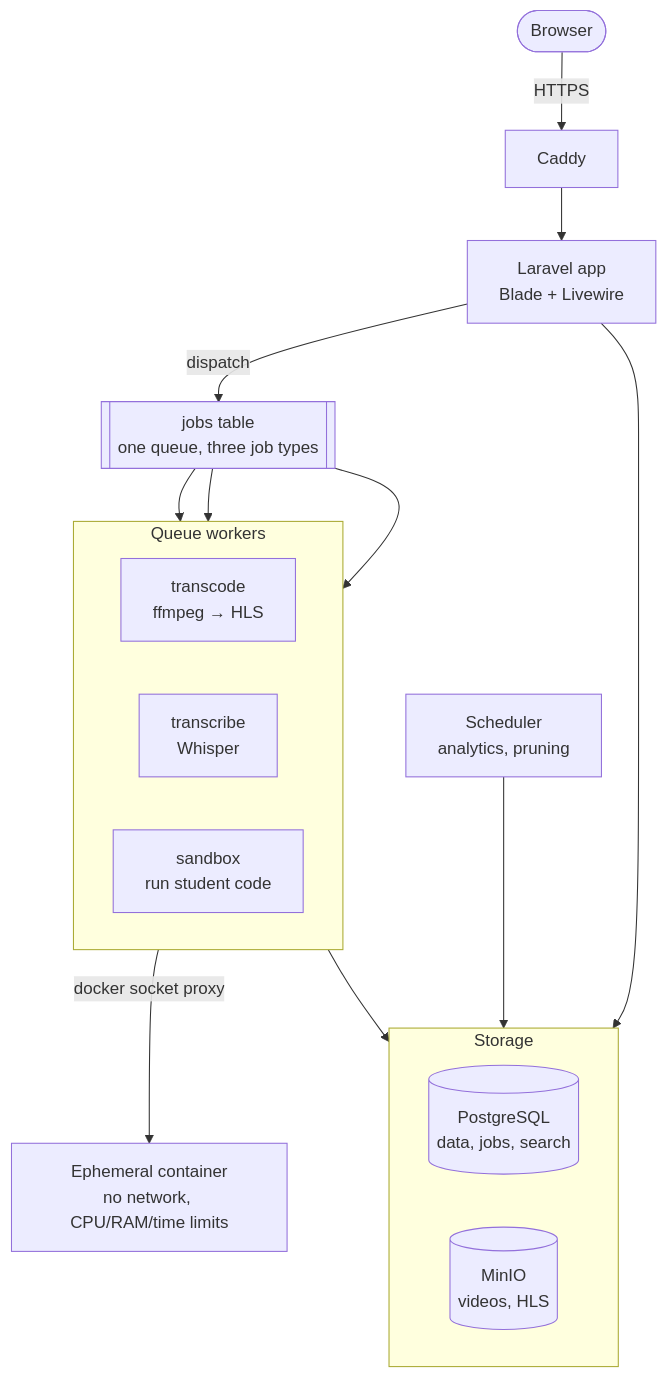
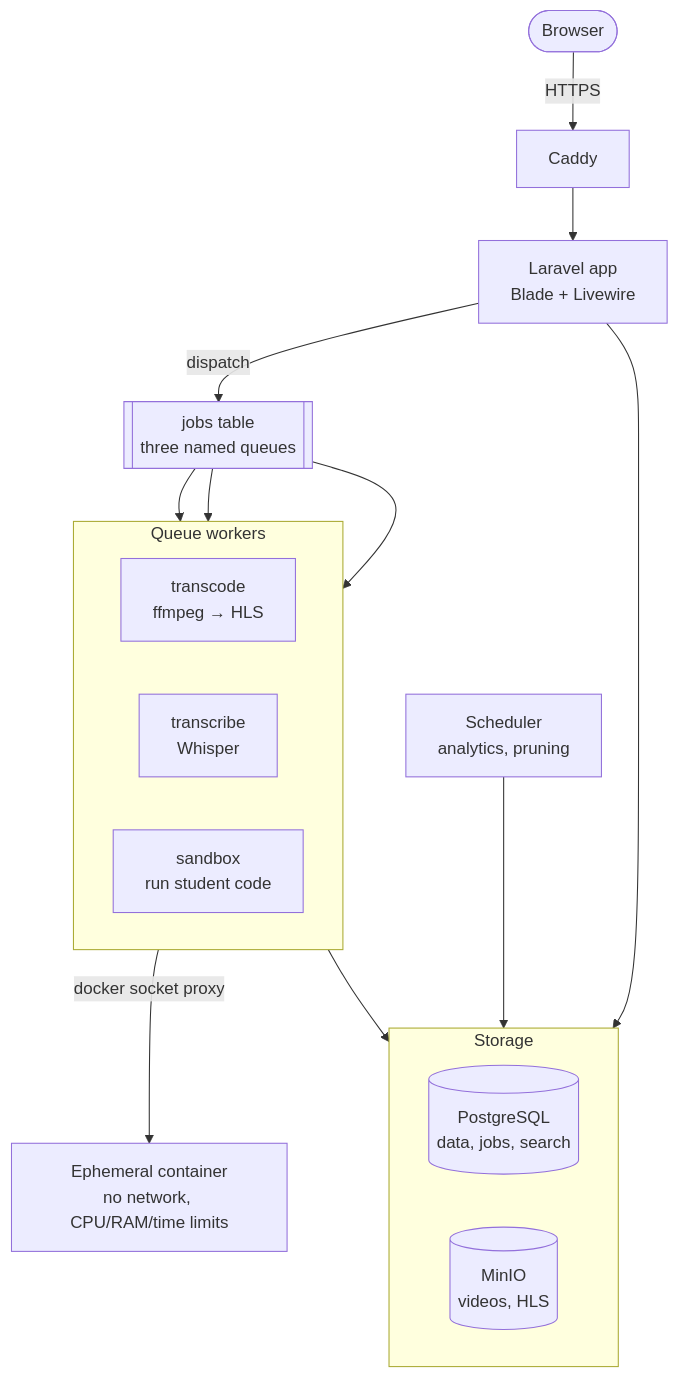
The diagram in README.md (lucaszebre/ANNUALPROJECT-IWJ3), drawn with Mermaid before and after one commit. The commit also changed other lines of this file, not shown here.

First line of the commit message:
docs: clarify the queue setup and complete the stack table

````diff
--- a/README.md
+++ b/README.md
@@ -78,23 +79,23 @@
 ```mermaid
 flowchart TB
     browser([Browser]) -->|HTTPS| caddy[Caddy]
     caddy --> app[Laravel app<br/>Blade + Livewire]
-    app -->|dispatch| queue[[jobs table<br/>one queue, three job types]]
+    app -->|dispatch| queue[[jobs table<br/>three named queues]]
     queue --> transcode & transcribe & sandbox
     subgraph workers [Queue workers]
         direction LR
         transcode[transcode<br/>ffmpeg → HLS]
         transcribe[transcribe<br/>Whisper]
         sandbox[sandbox<br/>run student code]
     end
     sandbox -->|docker socket proxy| runner[Ephemeral container<br/>no network, CPU/RAM/time limits]
     scheduler[Scheduler<br/>analytics, pruning]
     subgraph storage [Storage]
         direction LR
         pg[(PostgreSQL<br/>data, jobs, search)]
         minio[(MinIO<br/>videos, HLS)]
     end
     app --> storage
     workers --> storage
     scheduler --> storage
 ```
````
